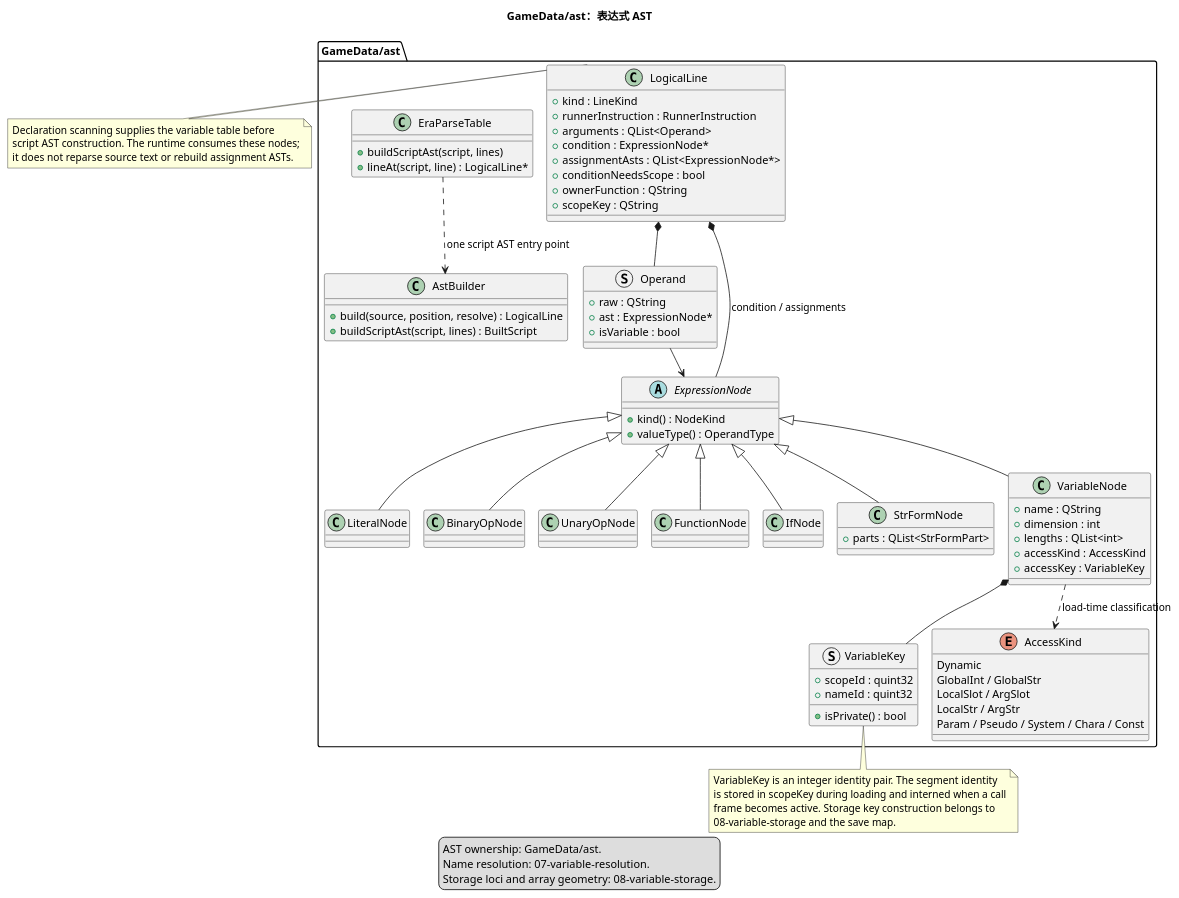
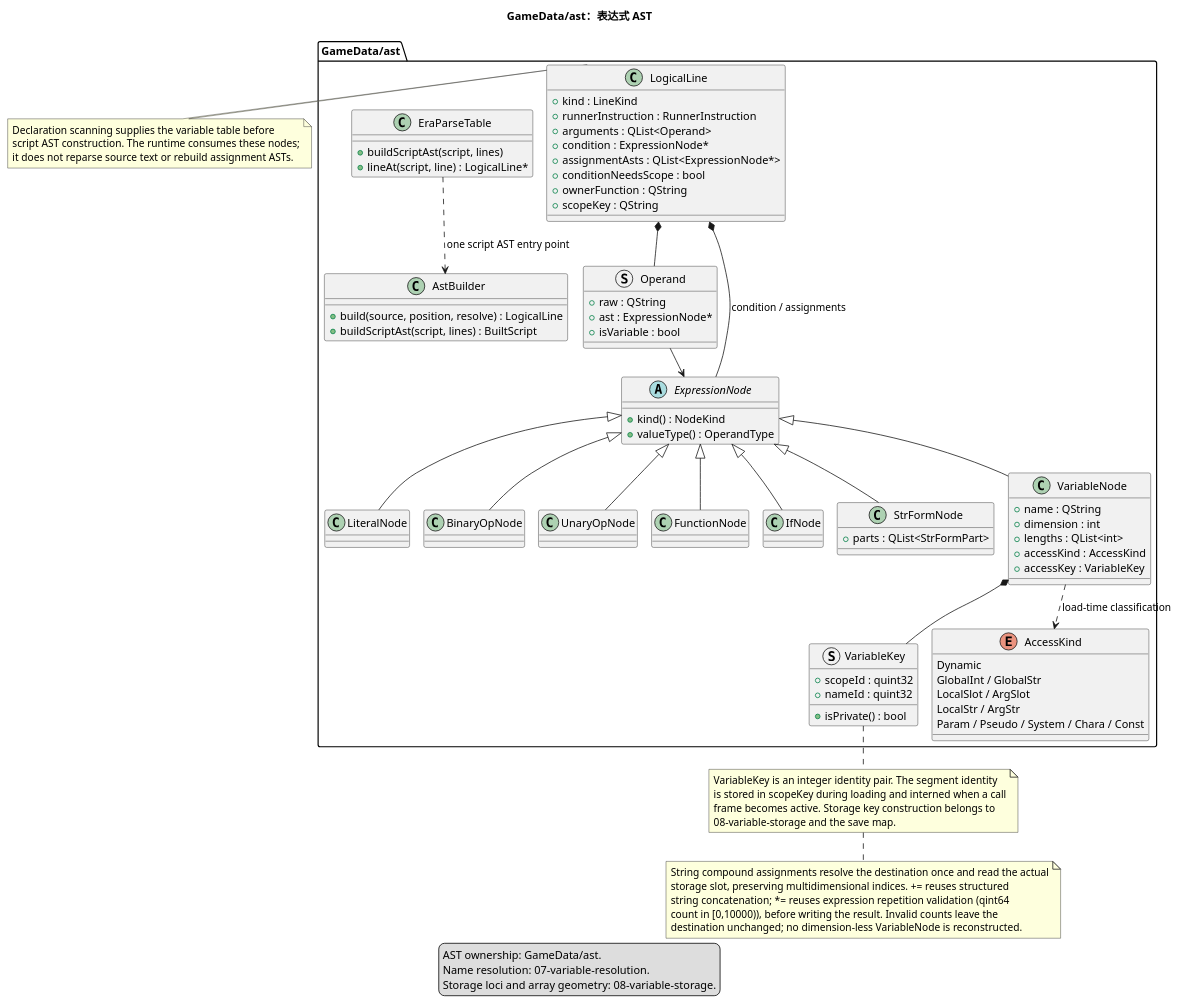
The diagram in docs/uml/06-expression-ast.puml (yigekuyou/qt-eraemu), drawn with PlantUML before and after one commit. The commit also changed 11 other files, not shown here.

```diff
--- a/docs/uml/06-expression-ast.puml
+++ b/docs/uml/06-expression-ast.puml
@@ -1,105 +1,112 @@
 @startuml 06-expression-ast
 !pragma layout smetana
 ' 装载后的表达式结构。变量解析与容器布局分别见 07-variable-resolution、08-variable-storage。
 ' 来源：GameData/ast/logical_line.h, expression_ast.h, ast_builder.h
 
 title GameData/ast：表达式 AST
 
 package "GameData/ast" {
   class LogicalLine {
     + kind : LineKind
     + runnerInstruction : RunnerInstruction
     + arguments : QList<Operand>
     + condition : ExpressionNode*
     + assignmentAsts : QList<ExpressionNode*>
     + conditionNeedsScope : bool
     + ownerFunction : QString
     + scopeKey : QString
   }
 
   struct Operand {
     + raw : QString
     + ast : ExpressionNode*
     + isVariable : bool
   }
 
   abstract class ExpressionNode {
     + kind() : NodeKind
     + valueType() : OperandType
   }
 
   class LiteralNode
   class BinaryOpNode
   class UnaryOpNode
   class FunctionNode
   class IfNode
   class StrFormNode {
     + parts : QList<StrFormPart>
   }
 
   class VariableNode {
     + name : QString
     + dimension : int
     + lengths : QList<int>
     + accessKind : AccessKind
     + accessKey : VariableKey
   }
 
   struct VariableKey {
     + scopeId : quint32
     + nameId : quint32
     + isPrivate() : bool
   }
 
   enum AccessKind {
     Dynamic
     GlobalInt / GlobalStr
     LocalSlot / ArgSlot
     LocalStr / ArgStr
     Param / Pseudo / System / Chara / Const
   }
 
   class AstBuilder {
     + build(source, position, resolve) : LogicalLine
     + buildScriptAst(script, lines) : BuiltScript
   }
 
   class EraParseTable {
     + buildScriptAst(script, lines)
     + lineAt(script, line) : LogicalLine*
   }
 }
 
 LogicalLine *-- Operand
 LogicalLine *-- ExpressionNode : condition / assignments
 Operand --> ExpressionNode
 ExpressionNode <|-- LiteralNode
 ExpressionNode <|-- BinaryOpNode
 ExpressionNode <|-- UnaryOpNode
 ExpressionNode <|-- FunctionNode
 ExpressionNode <|-- IfNode
 ExpressionNode <|-- StrFormNode
 ExpressionNode <|-- VariableNode
 VariableNode *-- VariableKey
 VariableNode ..> AccessKind : load-time classification
 EraParseTable ..> AstBuilder : one script AST entry point
 
 note right of LogicalLine
   Declaration scanning supplies the variable table before
   script AST construction. The runtime consumes these nodes;
   it does not reparse source text or rebuild assignment ASTs.
 end note
 
 note bottom of VariableKey
   VariableKey is an integer identity pair. The segment identity
   is stored in scopeKey during loading and interned when a call
   frame becomes active. Storage key construction belongs to
   08-variable-storage and the save map.
 end note
 
 legend bottom
   AST ownership: GameData/ast.
   Name resolution: 07-variable-resolution.
   Storage loci and array geometry: 08-variable-storage.
 endlegend
+note bottom
+  String compound assignments resolve the destination once and read the actual
+  storage slot, preserving multidimensional indices. += reuses structured
+  string concatenation; *= reuses expression repetition validation (qint64
+  count in [0,10000)), before writing the result. Invalid counts leave the
+  destination unchanged; no dimension-less VariableNode is reconstructed.
+end note
 @enduml
```
